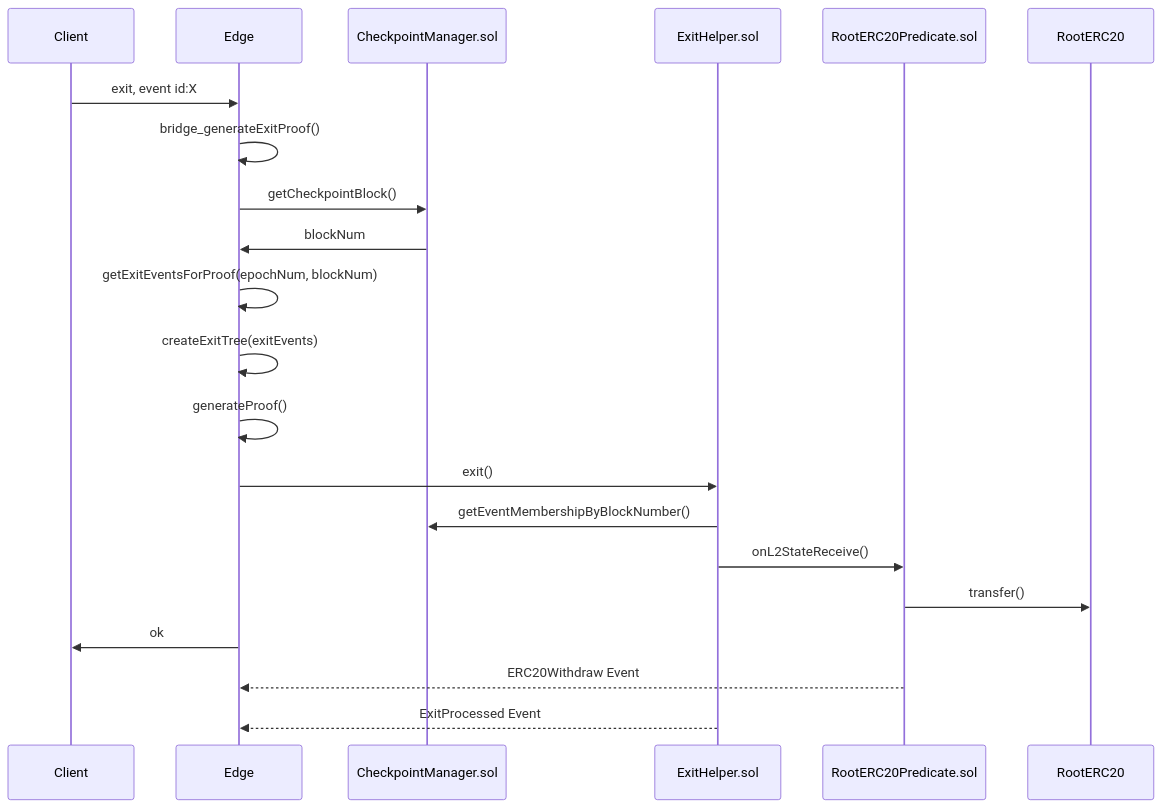
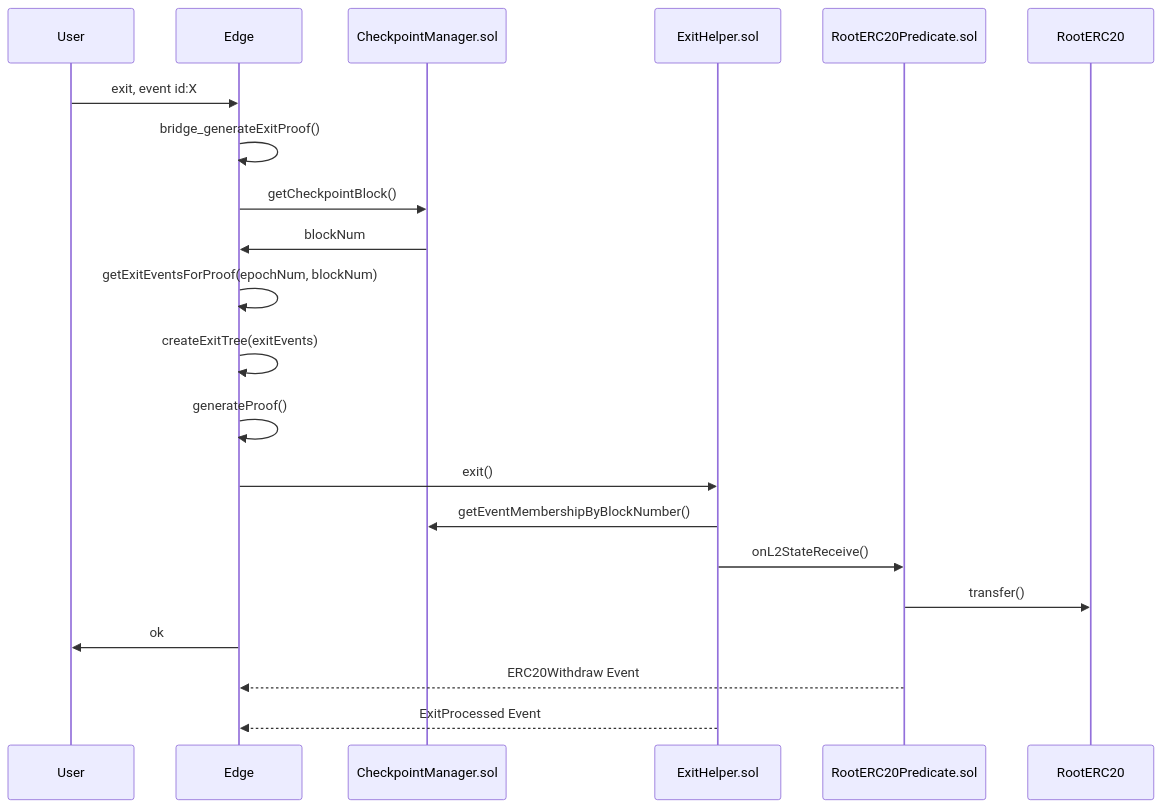
Before and after one commit to 0xPolygon/polygon-edge: the third of 3 diagrams in docs/bridge/sequences.md, drawn with Mermaid. The commit also changed other lines of this file, not shown here.

Commit message:
Rename Client to User

````diff
--- a/docs/bridge/sequences.md
+++ b/docs/bridge/sequences.md
@@ -43,17 +43,17 @@
 ```mermaid
 sequenceDiagram
-	Client->>Edge: exit, event id:X
+	User->>Edge: exit, event id:X
 	Edge->>Edge: bridge_generateExitProof()
 	Edge->>CheckpointManager.sol: getCheckpointBlock()
 	CheckpointManager.sol->>Edge: blockNum
 	Edge->>Edge: getExitEventsForProof(epochNum, blockNum)
 	Edge->>Edge: createExitTree(exitEvents)
 	Edge->>Edge: generateProof()
 	Edge->>ExitHelper.sol: exit()
 	ExitHelper.sol->>CheckpointManager.sol: getEventMembershipByBlockNumber()
 	ExitHelper.sol->>RootERC20Predicate.sol:onL2StateReceive()
 	RootERC20Predicate.sol->>RootERC20: transfer()
-	Edge->>Client: ok
+	Edge->>User: ok
 	RootERC20Predicate.sol-->>Edge: ERC20Withdraw Event
 	ExitHelper.sol-->>Edge: ExitProcessed Event
 ```
````
